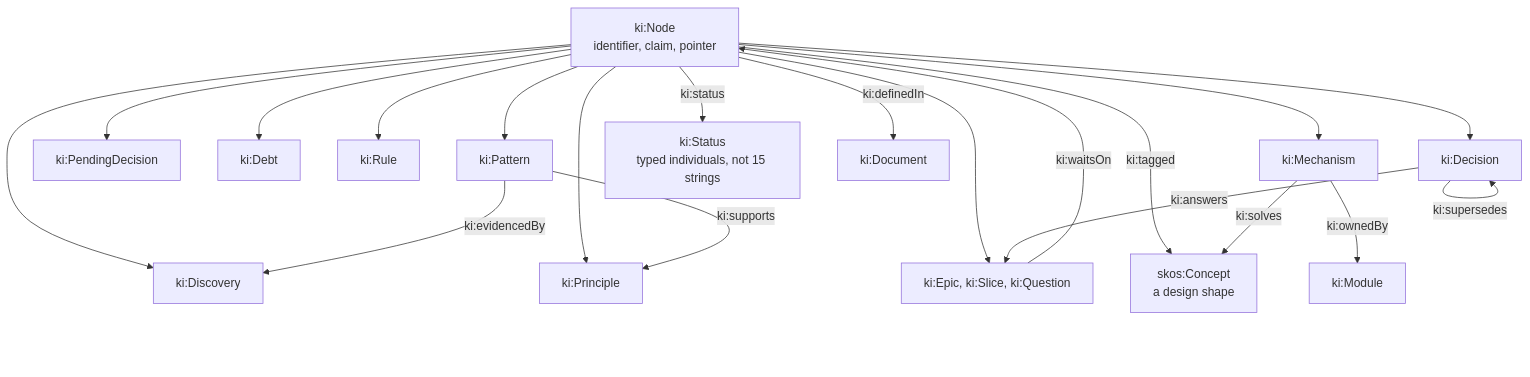
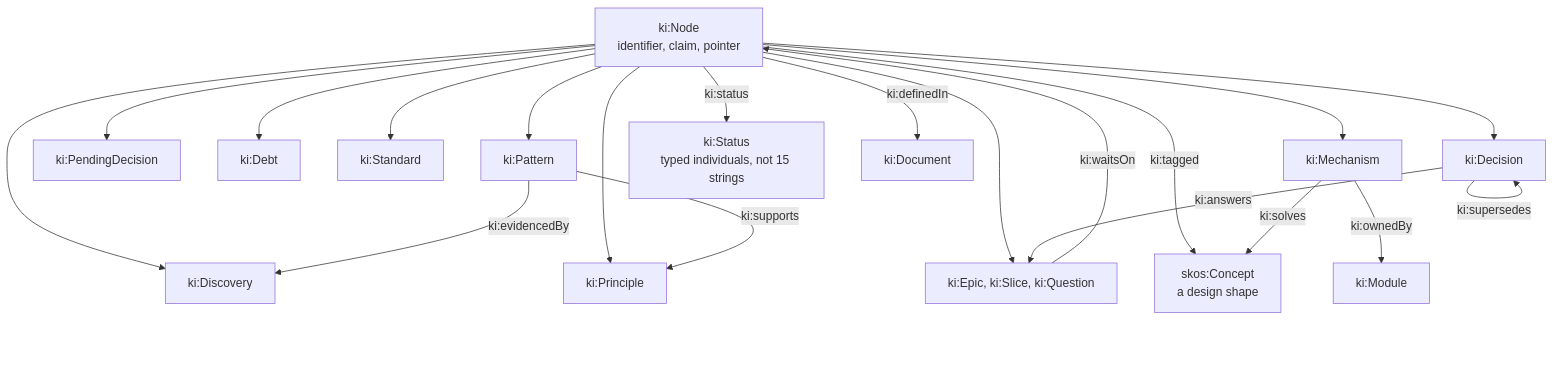
The second of 6 diagrams in docs/developer/sketches/knowledge-index.md (nebularis/lattice), drawn with Mermaid before and after one commit. The commit also changed other lines of this file and 14 other files, not shown here.

````diff
--- a/docs/developer/sketches/knowledge-index.md
+++ b/docs/developer/sketches/knowledge-index.md
@@ -87,23 +87,23 @@
 ```mermaid
 flowchart TD
   N["ki:Node<br/>identifier, claim, pointer"]
   N --> K1["ki:Decision"]
   N --> K2["ki:PendingDecision"]
   N --> K3["ki:Debt"]
   N --> K4["ki:Discovery"]
-  N --> K5["ki:Rule"]
+  N --> K5["ki:Standard"]
   N --> K6["ki:Pattern"]
   N --> K7["ki:Mechanism"]
   N --> K8["ki:Principle"]
   N --> K9["ki:Epic, ki:Slice, ki:Question"]
   N -->|"ki:status"| S["ki:Status<br/>typed individuals, not 15 strings"]
   N -->|"ki:definedIn"| D["ki:Document"]
   N -->|"ki:tagged"| G["skos:Concept<br/>a design shape"]
   K1 -->|"ki:supersedes"| K1
   K1 -->|"ki:answers"| K9
   K9 -->|"ki:waitsOn"| N
   K6 -->|"ki:evidencedBy"| K4
   K6 -->|"ki:supports"| K8
   K7 -->|"ki:solves"| G
   K7 -->|"ki:ownedBy"| M["ki:Module"]
 ```
````
